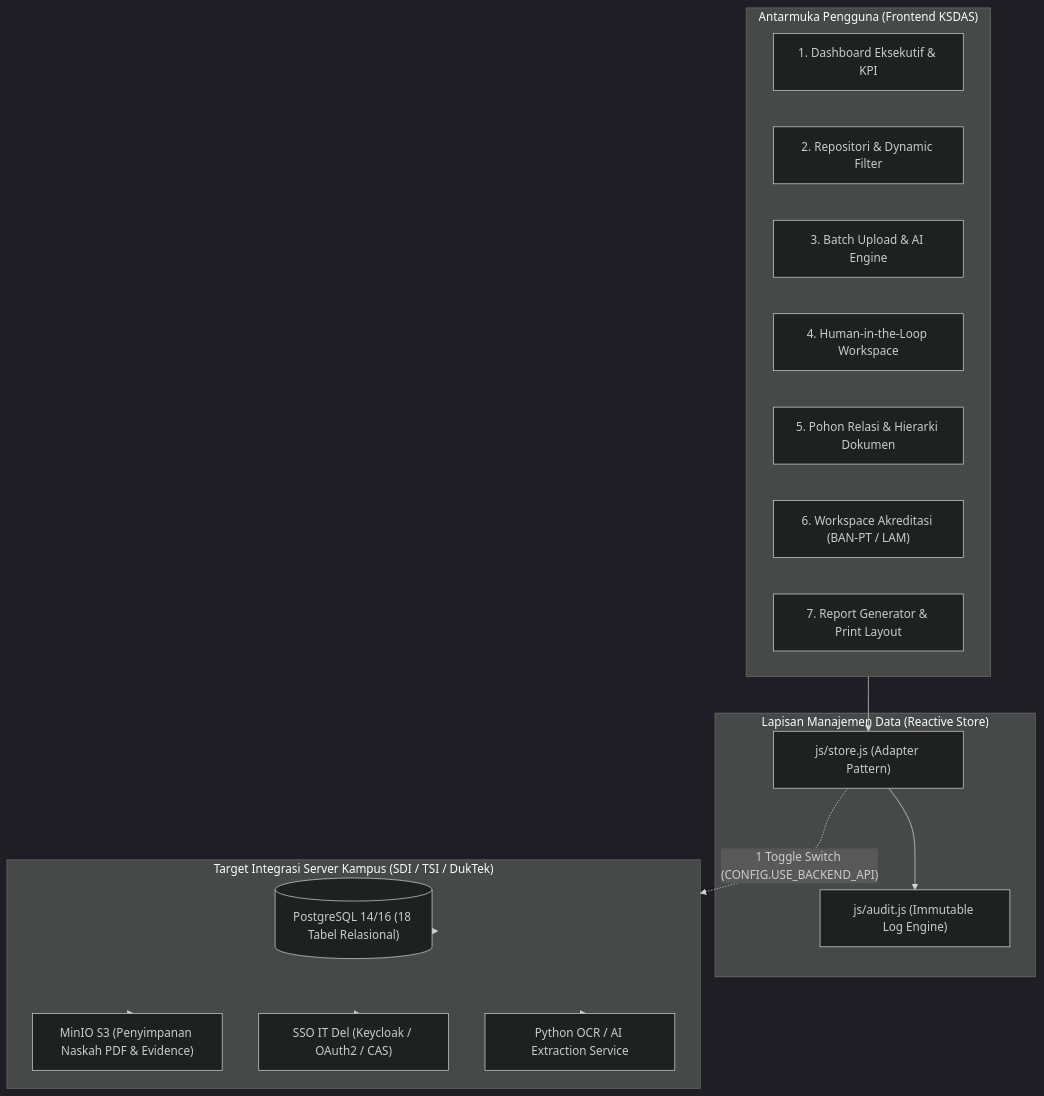
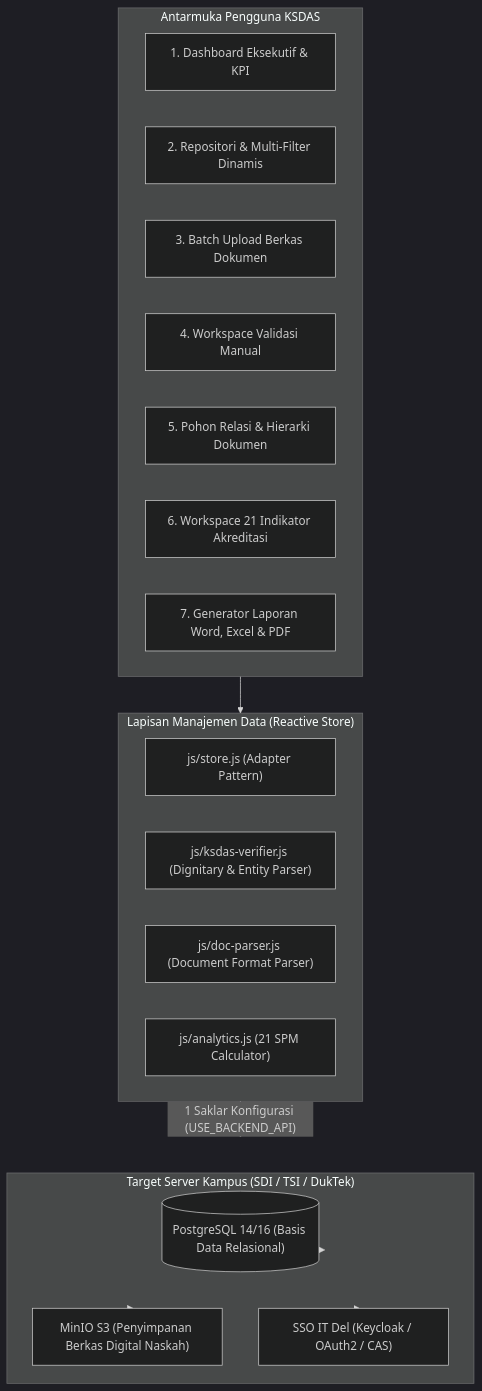
The third of 3 diagrams in README.md (samuelhtampubolon/ksdas-itdel), drawn with Mermaid (dark theme) before and after one commit. The commit also changed other lines of this file and 9 other files, not shown here.

Commit message:
feat: transform to conventional on-premise information system and database, remove all AI/ML/OCR terms, curate 10 official accredited documents, and provide campus server alternative to public cloud

````diff
--- a/README.md
+++ b/README.md
@@ -123,32 +160,31 @@
 ```mermaid
 flowchart TD
-    subgraph UI_UX ["Antarmuka Pengguna (Frontend KSDAS)"]
+    subgraph UI_UX ["Antarmuka Pengguna KSDAS"]
         Dashboard["1. Dashboard Eksekutif & KPI"]
-        Repository["2. Repositori & Dynamic Filter"]
-        Batch["3. Batch Upload & AI Engine"]
-        Validation["4. Human-in-the-Loop Workspace"]
+        Repository["2. Repositori & Multi-Filter Dinamis"]
+        Batch["3. Batch Upload Berkas Dokumen"]
+        Validation["4. Workspace Validasi Manual"]
         Hierarchy["5. Pohon Relasi & Hierarki Dokumen"]
-        Accreditation["6. Workspace Akreditasi (BAN-PT / LAM)"]
-        Reports["7. Report Generator & Print Layout"]
+        Accreditation["6. Workspace 21 Indikator Akreditasi"]
+        Reports["7. Generator Laporan Word, Excel & PDF"]
     end
 
     subgraph State_Layer ["Lapisan Manajemen Data (Reactive Store)"]
         Store["js/store.js (Adapter Pattern)"]
-        Audit["js/audit.js (Immutable Log Engine)"]
+        Verifier["js/ksdas-verifier.js (Dignitary & Entity Parser)"]
+        DocParser["js/doc-parser.js (Document Format Parser)"]
+        Analytics["js/analytics.js (21 SPM Calculator)"]
     end
 
-    subgraph Production_Target ["Target Integrasi Server Kampus (SDI / TSI / DukTek)"]
-        Postgres[("PostgreSQL 14/16 (18 Tabel Relasional)")]
-        MinIO["MinIO S3 (Penyimpanan Naskah PDF & Evidence)"]
+    subgraph Production_Target ["Target Server Kampus (SDI / TSI / DukTek)"]
+        Postgres[("PostgreSQL 14/16 (Basis Data Relasional)")]
+        MinIO["MinIO S3 (Penyimpanan Berkas Digital Naskah)"]
         SSO["SSO IT Del (Keycloak / OAuth2 / CAS)"]
-        OCR_Worker["Python OCR / AI Extraction Service"]
     end
 
-    UI_UX --> Store
-    Store --> Audit
-    Store -.->|"1 Toggle Switch (CONFIG.USE_BACKEND_API)"| Production_Target
+    UI_UX --> State_Layer
+    State_Layer -.->|"1 Saklar Konfigurasi (USE_BACKEND_API)"| Production_Target
     Production_Target --> Postgres
     Production_Target --> MinIO
     Production_Target --> SSO
-    Production_Target --> OCR_Worker
 ```
````
